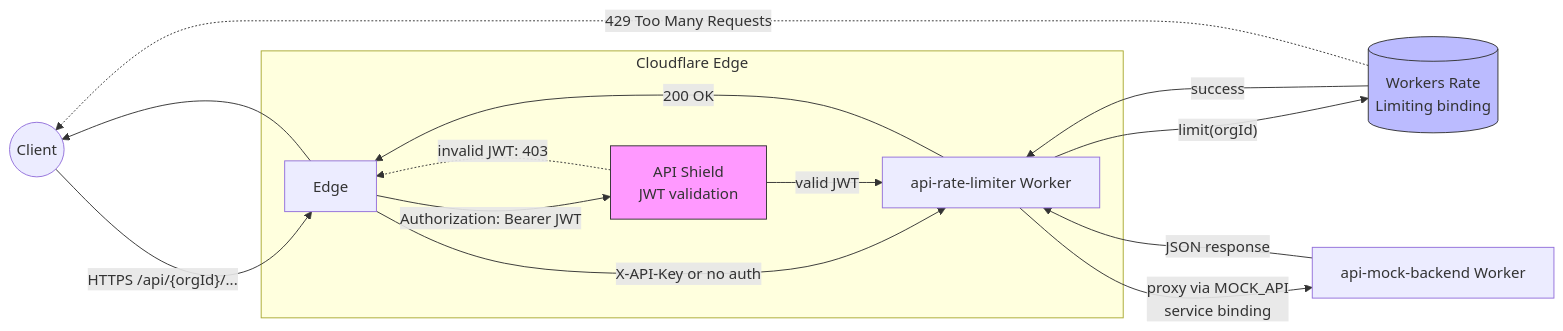
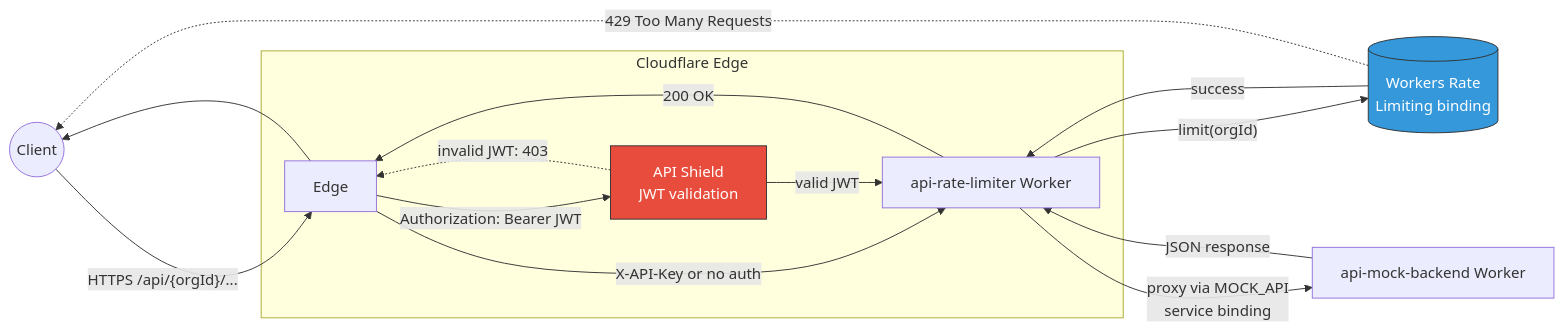
Before and after one commit to Vortexmind/api-rl-org: the diagram in README.md, drawn with Mermaid.

Commit message:
docs(readme): improve Mermaid node contrast for dark mode

````diff
--- a/README.md
+++ b/README.md
@@ -10,23 +10,23 @@
 ```mermaid
 flowchart LR
     Client((Client)) -->|"HTTPS /api/{orgId}/..."| Edge
 
     subgraph Cloudflare ["Cloudflare Edge"]
         Edge -->|"Authorization: Bearer JWT"| APIShield["API Shield<br/>JWT validation"]
         Edge -->|"X-API-Key or no auth"| RateLimiter
         APIShield -->|"valid JWT"| RateLimiter
         APIShield -.->|"invalid JWT: 403"| Edge
     end
 
     RateLimiter["api-rate-limiter Worker"] -->|"limit(orgId)"| RateLimitBinding[(Workers Rate<br/>Limiting binding)]
     RateLimitBinding -->|"success"| RateLimiter
     RateLimitBinding -.->|"429 Too Many Requests"| Client
 
     RateLimiter -->|"proxy via MOCK_API<br/>service binding"| MockAPI["api-mock-backend Worker"]
     MockAPI -->|"JSON response"| RateLimiter
     RateLimiter -->|"200 OK"| Edge
     Edge --> Client
 
-    style APIShield fill:#f9f,stroke:#333
-    style RateLimitBinding fill:#bbf,stroke:#333
+    style APIShield fill:#e74c3c,stroke:#333,color:#fff
+    style RateLimitBinding fill:#3498db,stroke:#333,color:#fff
 ```
````
